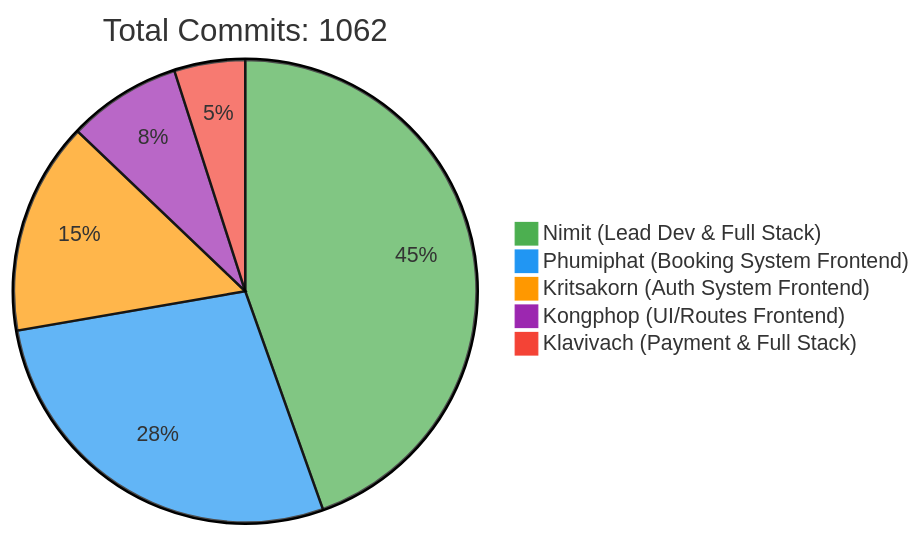
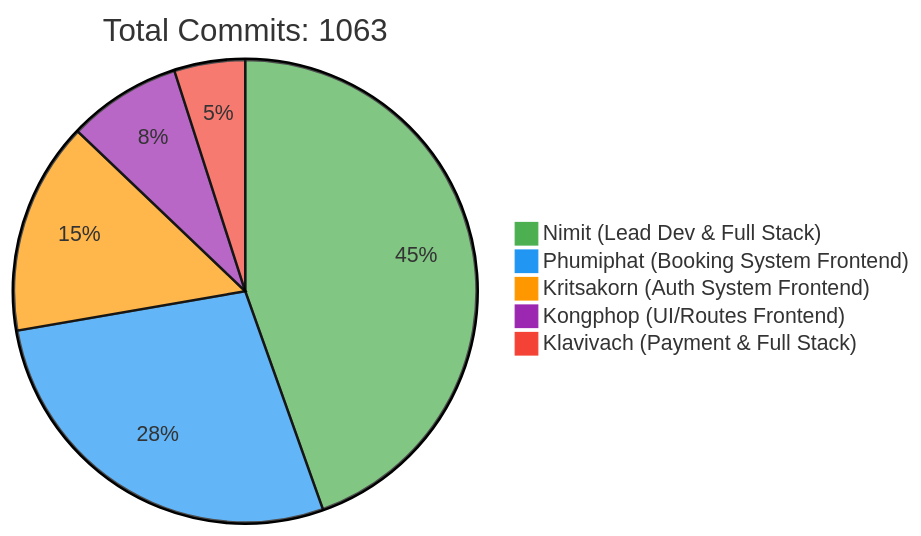
The first of 2 diagrams in README.md (6531503042/Sport-Complex), drawn with Mermaid before and after one commit. The commit also changed other lines of this file, not shown here.

Commit message:
docs: Update contributor statistics [skip ci]

````diff
--- a/README.md
+++ b/README.md
@@ -240,10 +240,10 @@
 ```mermaid
 %%{init: {'theme': 'base', 'themeVariables': { 'pie1': '#4CAF50', 'pie2': '#2196F3', 'pie3': '#FF9800', 'pie4': '#9C27B0', 'pie5': '#F44336'}}}%%
 pie
-    title Total Commits: 1062
+    title Total Commits: 1063
     "Nimit (Lead Dev & Full Stack)" : 450
     "Phumiphat (Booking System Frontend)" : 280
     "Kritsakorn (Auth System Frontend)" : 150
     "Kongphop (UI/Routes Frontend)" : 80
     "Klavivach (Payment & Full Stack)" : 50
 ```
````
